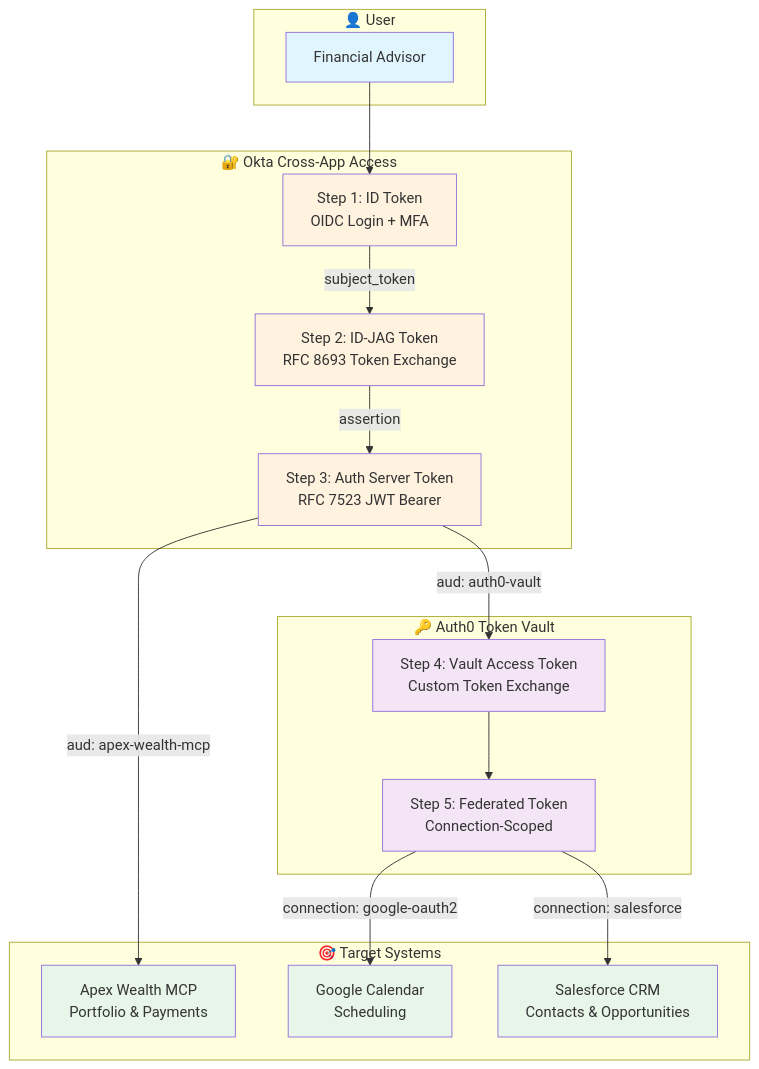
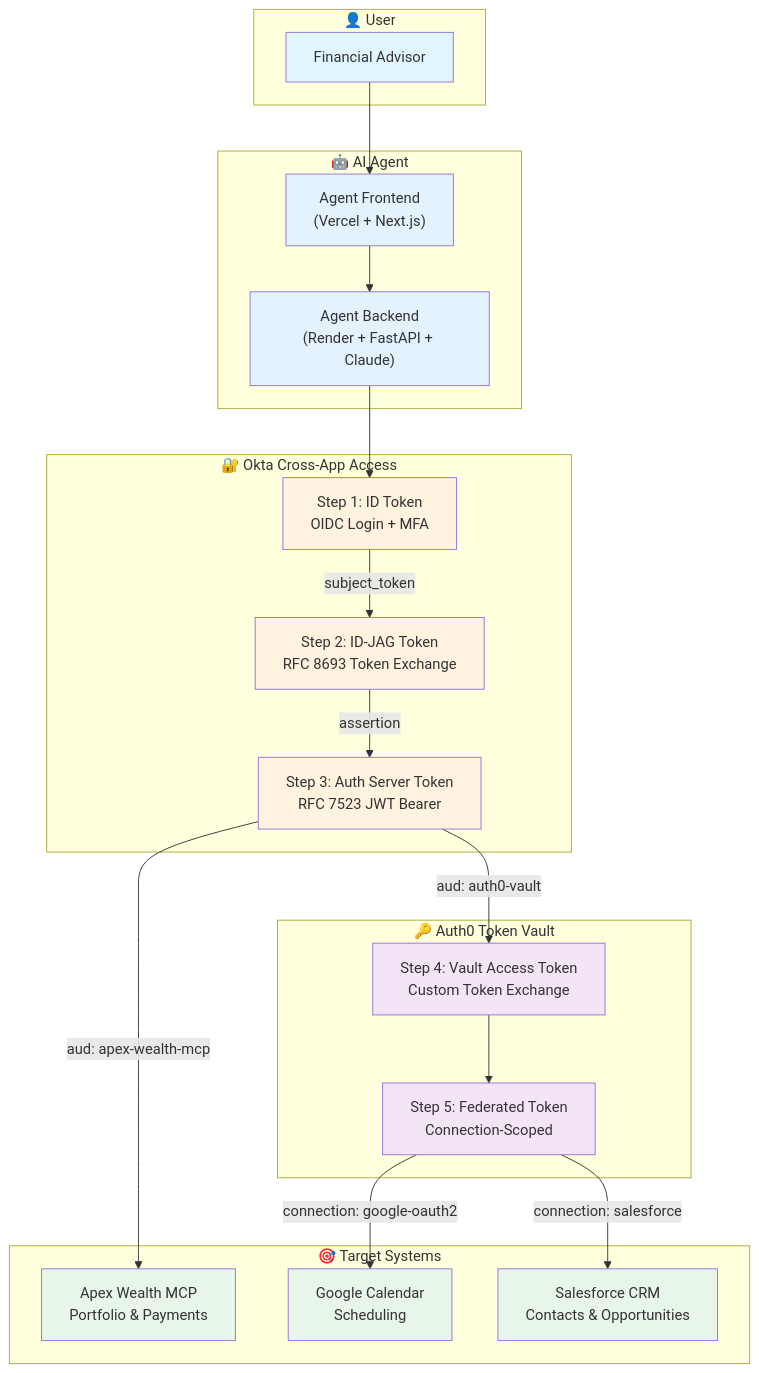
The first of 4 diagrams in README.md (kunkol/apex-wealth-advisor), drawn with Mermaid before and after one commit. The commit also changed other lines of this file and 3 other files, not shown here.

````diff
--- a/README.md
+++ b/README.md
@@ -27,42 +26,51 @@
 ```mermaid
 flowchart TB
     subgraph User["👤 User"]
         FA["Financial Advisor"]
+    end
+    
+    subgraph Agent["🤖 AI Agent"]
+        Frontend["Agent Frontend<br/>(Vercel + Next.js)"]
+        Backend["Agent Backend<br/>(Render + FastAPI + Claude)"]
     end
     
     subgraph XAA["🔐 Okta Cross-App Access"]
         Step1["Step 1: ID Token<br/>OIDC Login + MFA"]
         Step2["Step 2: ID-JAG Token<br/>RFC 8693 Token Exchange"]
         Step3["Step 3: Auth Server Token<br/>RFC 7523 JWT Bearer"]
     end
     
     subgraph Vault["🔑 Auth0 Token Vault"]
         Step4["Step 4: Vault Access Token<br/>Custom Token Exchange"]
         Step5["Step 5: Federated Token<br/>Connection-Scoped"]
     end
     
     subgraph Target["🎯 Target Systems"]
         MCP["Apex Wealth MCP<br/>Portfolio & Payments"]
         GCal["Google Calendar<br/>Scheduling"]
         SF["Salesforce CRM<br/>Contacts & Opportunities"]
     end
     
-    FA --> Step1
+    FA --> Frontend
+    Frontend --> Backend
+    Backend --> Step1
     Step1 -->|"subject_token"| Step2
     Step2 -->|"assertion"| Step3
     Step3 -->|"aud: apex-wealth-mcp"| MCP
     Step3 -->|"aud: auth0-vault"| Step4
     Step4 --> Step5
     Step5 -->|"connection: google-oauth2"| GCal
     Step5 -->|"connection: salesforce"| SF
     
     style FA fill:#e1f5fe
+    style Frontend fill:#e3f2fd
+    style Backend fill:#e3f2fd
     style Step1 fill:#fff3e0
     style Step2 fill:#fff3e0
     style Step3 fill:#fff3e0
     style Step4 fill:#f3e5f5
     style Step5 fill:#f3e5f5
     style MCP fill:#e8f5e9
     style GCal fill:#e8f5e9
     style SF fill:#e8f5e9
 ```
````
